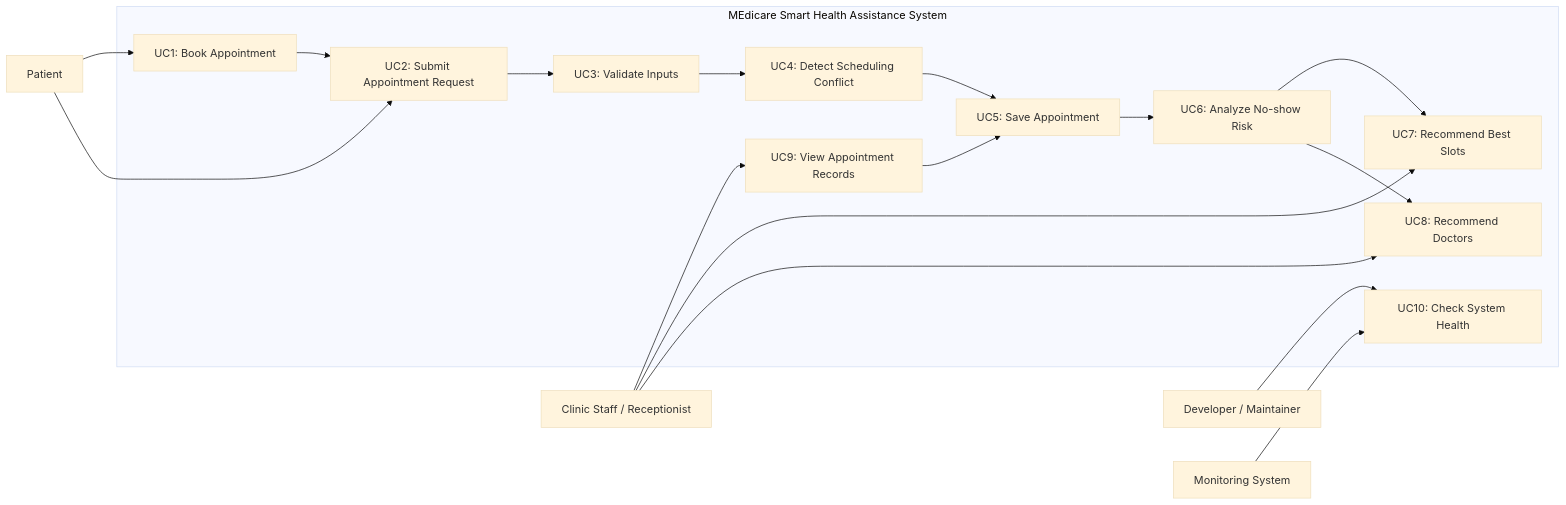
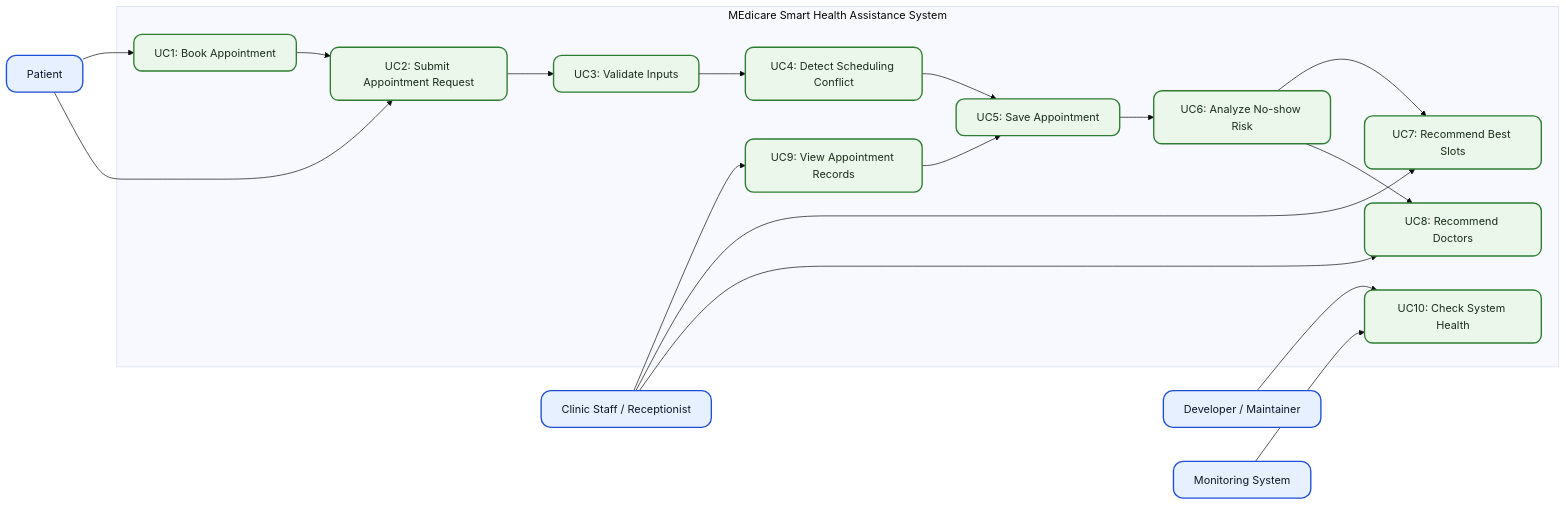
Before and after one commit to ALOK2458/helthcare-clinic: the first of 2 diagrams in UML-Use-Case-Diagram.md, drawn with Mermaid (base theme).

Commit message:
Improve actor styling in UML diagram

````diff
--- a/UML-Use-Case-Diagram.md
+++ b/UML-Use-Case-Diagram.md
@@ -13,37 +13,43 @@
 ```mermaid
 flowchart LR
     P["Patient"]
     S["Clinic Staff / Receptionist"]
     D["Developer / Maintainer"]
     M["Monitoring System"]
 
     subgraph System["MEdicare Smart Health Assistance System"]
         UC1["UC1: Book Appointment"]
         UC2["UC2: Submit Appointment Request"]
         UC3["UC3: Validate Inputs"]
         UC4["UC4: Detect Scheduling Conflict"]
         UC5["UC5: Save Appointment"]
         UC6["UC6: Analyze No-show Risk"]
         UC7["UC7: Recommend Best Slots"]
         UC8["UC8: Recommend Doctors"]
         UC9["UC9: View Appointment Records"]
         UC10["UC10: Check System Health"]
     end
 
     P --> UC1
     P --> UC2
     S --> UC9
     S --> UC7
     S --> UC8
     D --> UC10
     M --> UC10
 
     UC1 --> UC2
     UC2 --> UC3
     UC3 --> UC4
     UC4 --> UC5
     UC5 --> UC6
     UC6 --> UC7
     UC6 --> UC8
     UC9 --> UC5
+
+    classDef actor fill:#E6F0FF,stroke:#1D4ED8,stroke-width:2px,color:#0F172A,rx:14,ry:14;
+    classDef useCase fill:#EAF7EA,stroke:#2E7D32,stroke-width:2px,color:#1B2E1B,rx:12,ry:12;
+
+    class P,S,D,M actor;
+    class UC1,UC2,UC3,UC4,UC5,UC6,UC7,UC8,UC9,UC10 useCase;
 ```
````
